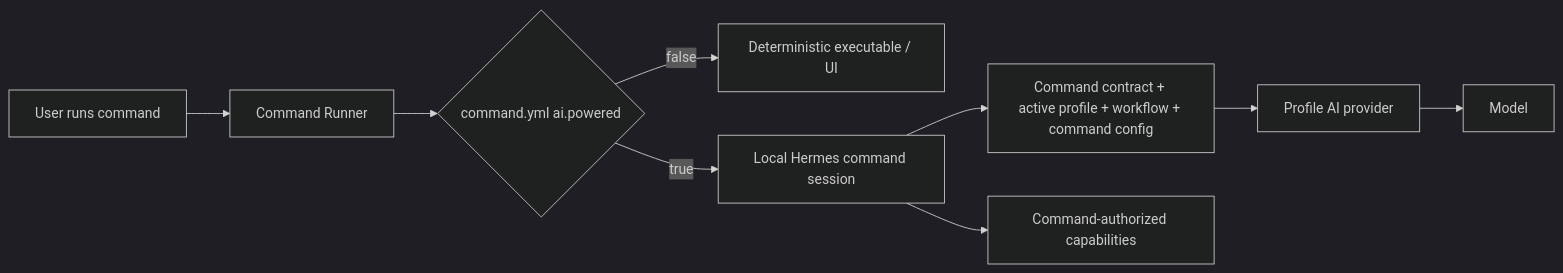
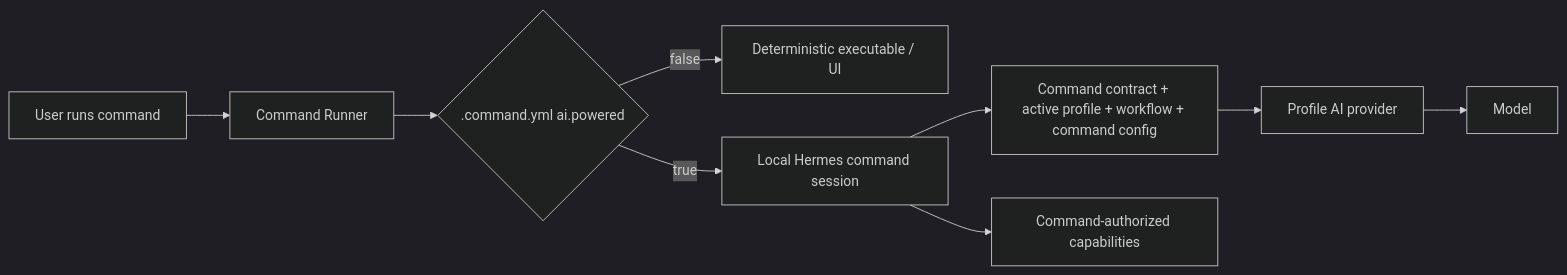
The diagram in ai-commands/commands.md (starodubtsevconsulting/ai-fleas), drawn with Mermaid (dark theme) before and after one commit. The commit also changed other lines of this file, not shown here.

Commit message:
Use per-command AI metadata manifests

````diff
--- a/ai-commands/commands.md
+++ b/ai-commands/commands.md
@@ -47,11 +47,11 @@
 ```mermaid
 flowchart LR
   User["User runs command"] --> Runner["Command Runner"]
-  Runner --> Mode{"command.yml ai.powered"}
+  Runner --> Mode{"<command>.command.yml ai.powered"}
   Mode -->|false| Exec["Deterministic executable / UI"]
   Mode -->|true| Hermes["Local Hermes command session"]
   Hermes --> Context["Command contract + active profile + workflow + command config"]
   Context --> Provider["Profile AI provider"]
   Provider --> Model["Model"]
   Hermes --> Capability["Command-authorized capabilities"]
 ```
````
